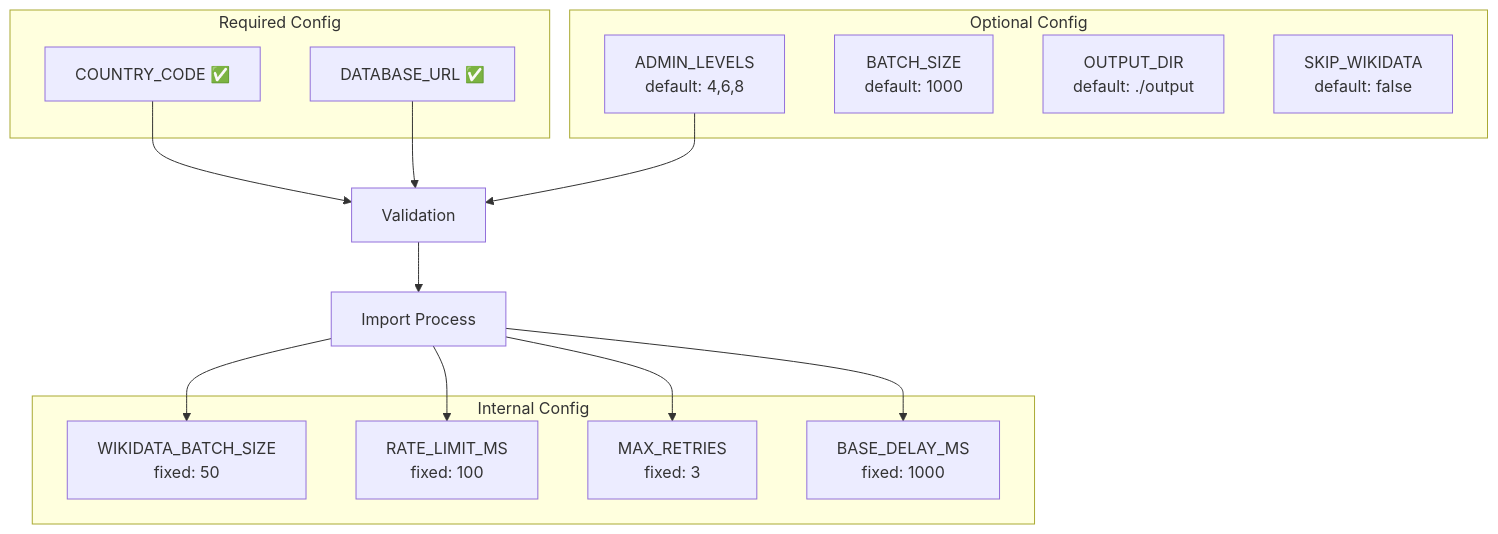
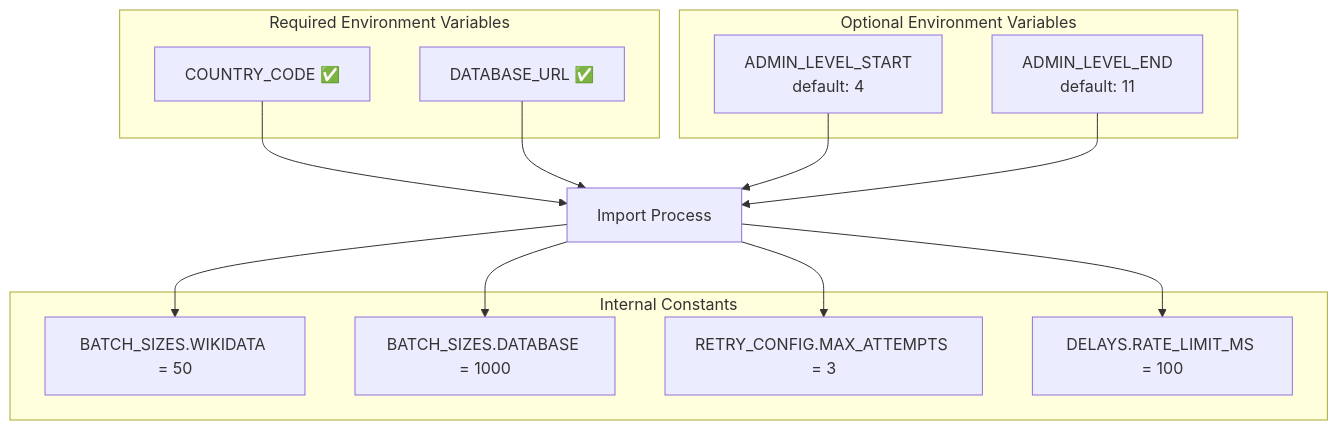
Before and after one commit to DaxServer/geocode-commons-categories: the fourth of 6 diagrams in docs/import/visual-overview.md, drawn with Mermaid. The commit also changed other lines of this file and 11 other files, not shown here.

````diff
--- a/docs/import/visual-overview.md
+++ b/docs/import/visual-overview.md
@@ -161,32 +79,29 @@
 ```mermaid
 graph TB
-    subgraph "Required Config"
+    subgraph "Required Environment Variables"
         R1[COUNTRY_CODE ✅]
         R2[DATABASE_URL ✅]
     end
 
-    subgraph "Optional Config"
-        O1[ADMIN_LEVELS<br/>default: 4,6,8]
-        O2[BATCH_SIZE<br/>default: 1000]
-        O3[OUTPUT_DIR<br/>default: ./output]
-        O4[SKIP_WIKIDATA<br/>default: false]
+    subgraph "Optional Environment Variables"
+        O1[ADMIN_LEVEL_START<br/>default: 4]
+        O2[ADMIN_LEVEL_END<br/>default: 11]
     end
 
-    subgraph "Internal Config"
-        I1[WIKIDATA_BATCH_SIZE<br/>fixed: 50]
-        I2[RATE_LIMIT_MS<br/>fixed: 100]
-        I3[MAX_RETRIES<br/>fixed: 3]
-        I4[BASE_DELAY_MS<br/>fixed: 1000]
+    subgraph "Internal Constants"
+        I1[BATCH_SIZES.WIKIDATA = 50]
+        I2[BATCH_SIZES.DATABASE = 1000]
+        I3[RETRY_CONFIG.MAX_ATTEMPTS = 3]
+        I4[DELAYS.RATE_LIMIT_MS = 100]
     end
 
-    R1 --> VALID[Validation]
-    R2 --> VALID
-    O1 --> VALID
-    VALID --> IMPORT[Import Process]
+    R1 --> IMPORT[Import Process]
+    R2 --> IMPORT
+    O1 --> IMPORT
+    O2 --> IMPORT
 
     IMPORT --> I1
     IMPORT --> I2
     IMPORT --> I3
     IMPORT --> I4
-
 ```
````
